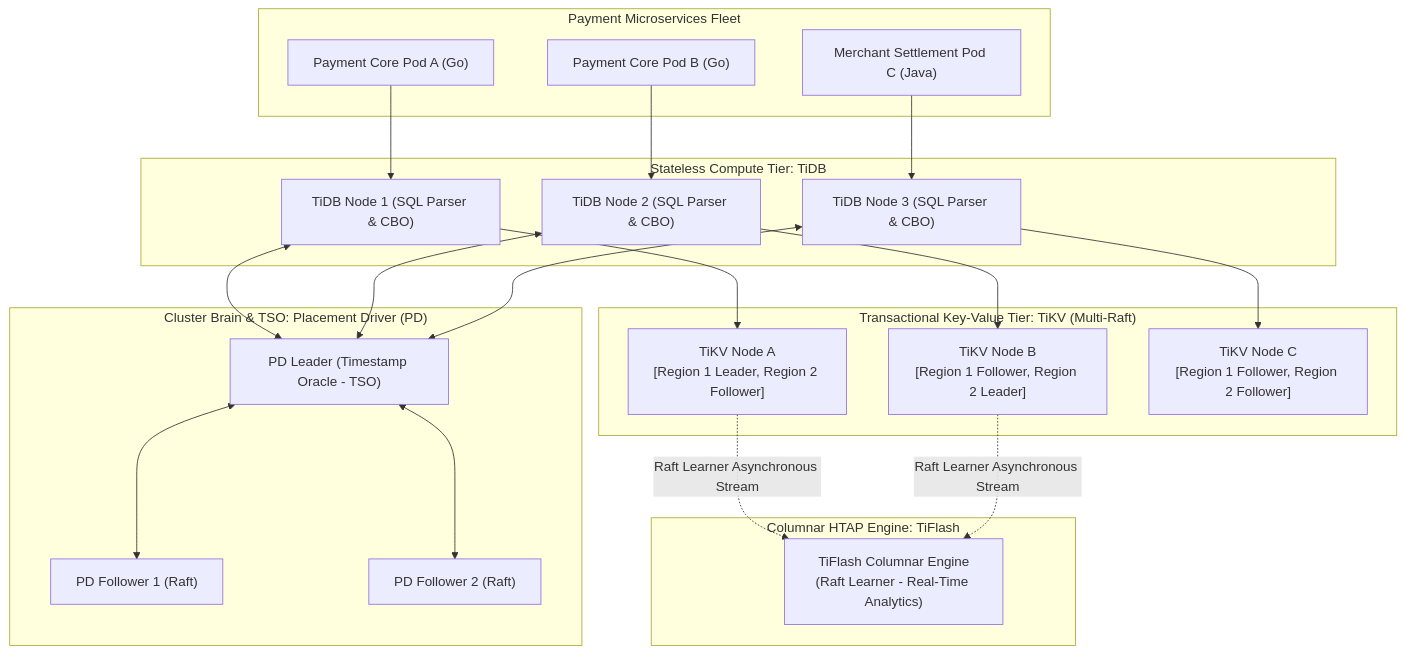
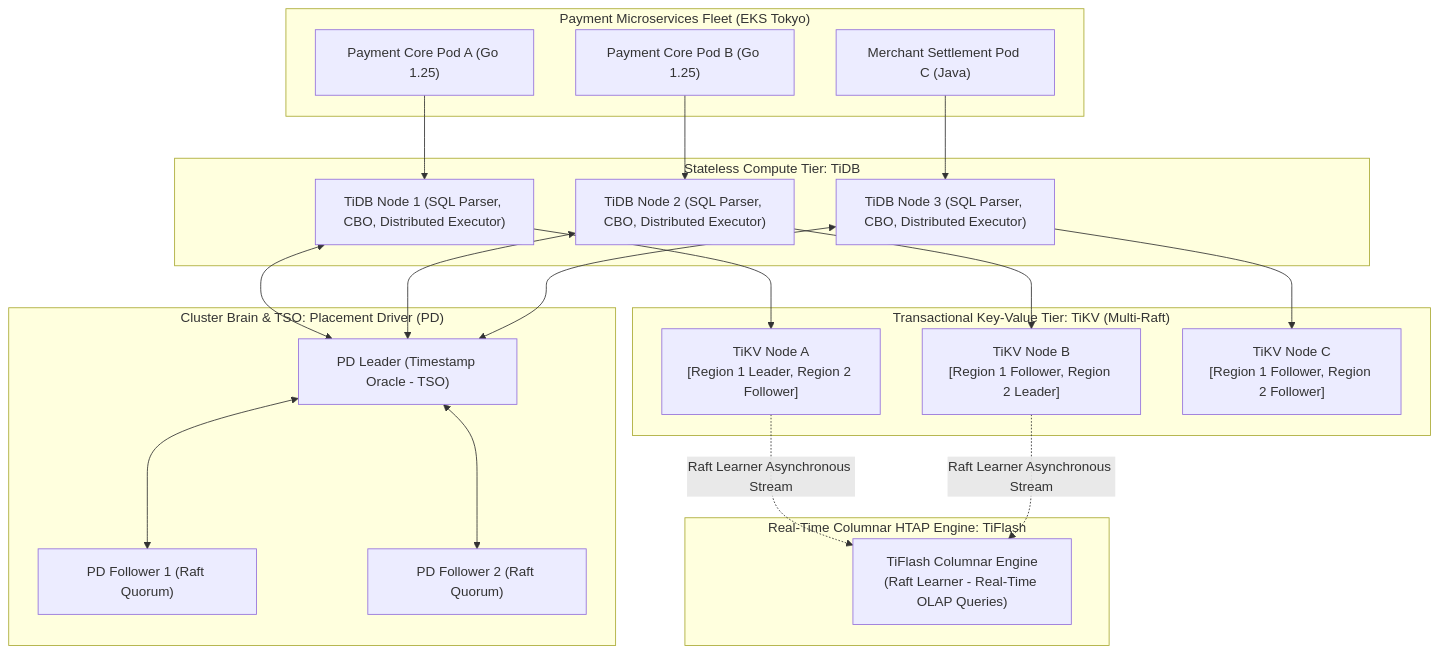
One commit to vesviet/vesviet changed the first of 3 diagrams in content/series/paypay-architecture/part-3-data-layer-tidb.md. Above: the diagram before and after it, drawn with Mermaid. The commit also changed other lines of this file and 36 other files, not shown here.

Commit message:
feat(sprint-2): upgrade paypay and shopee architecture series to 2027 SOTA masterclass

````diff
--- a/content/series/paypay-architecture/part-3-data-layer-tidb.md
+++ b/content/series/paypay-architecture/part-3-data-layer-tidb.md
@@ -63,48 +64,48 @@
 ```mermaid
 flowchart TD
-    subgraph ClientLayer["Payment Microservices Fleet"]
-        SVC1["Payment Core Pod A (Go)"]
-        SVC2["Payment Core Pod B (Go)"]
+    subgraph ClientLayer["Payment Microservices Fleet (EKS Tokyo)"]
+        SVC1["Payment Core Pod A (Go 1.25)"]
+        SVC2["Payment Core Pod B (Go 1.25)"]
         SVC3["Merchant Settlement Pod C (Java)"]
     end
 
     subgraph ComputeLayer["Stateless Compute Tier: TiDB"]
-        TIDB1["TiDB Node 1 (SQL Parser & CBO)"]
-        TIDB2["TiDB Node 2 (SQL Parser & CBO)"]
-        TIDB3["TiDB Node 3 (SQL Parser & CBO)"]
+        TIDB1["TiDB Node 1 (SQL Parser, CBO, Distributed Executor)"]
+        TIDB2["TiDB Node 2 (SQL Parser, CBO, Distributed Executor)"]
+        TIDB3["TiDB Node 3 (SQL Parser, CBO, Distributed Executor)"]
     end
 
     subgraph CoordinatorTier["Cluster Brain & TSO: Placement Driver (PD)"]
         PD_LEAD["PD Leader (Timestamp Oracle - TSO)"]
-        PD_FOL1["PD Follower 1 (Raft)"]
-        PD_FOL2["PD Follower 2 (Raft)"]
+        PD_FOL1["PD Follower 1 (Raft Quorum)"]
+        PD_FOL2["PD Follower 2 (Raft Quorum)"]
     end
 
     subgraph StorageTier["Transactional Key-Value Tier: TiKV (Multi-Raft)"]
         TIKV_A["TiKV Node A<br/>[Region 1 Leader, Region 2 Follower]"]
         TIKV_B["TiKV Node B<br/>[Region 1 Follower, Region 2 Leader]"]
         TIKV_C["TiKV Node C<br/>[Region 1 Follower, Region 2 Follower]"]
     end
 
-    subgraph AnalyticalTier["Columnar HTAP Engine: TiFlash"]
-        TIFLASH["TiFlash Columnar Engine<br/>(Raft Learner - Real-Time Analytics)"]
+    subgraph AnalyticalTier["Real-Time Columnar HTAP Engine: TiFlash"]
+        TIFLASH["TiFlash Columnar Engine<br/>(Raft Learner - Real-Time OLAP Queries)"]
     end
 
     SVC1 --> TIDB1
     SVC2 --> TIDB2
     SVC3 --> TIDB3
 
     TIDB1 <--> PD_LEAD
     TIDB2 <--> PD_LEAD
     TIDB3 <--> PD_LEAD
 
     TIDB1 --> TIKV_A
     TIDB2 --> TIKV_B
     TIDB3 --> TIKV_C
 
     TIKV_A -. Raft Learner Asynchronous Stream .-> TIFLASH
     TIKV_B -. Raft Learner Asynchronous Stream .-> TIFLASH
 
     PD_LEAD <--> PD_FOL1
     PD_LEAD <--> PD_FOL2
 ```
````
